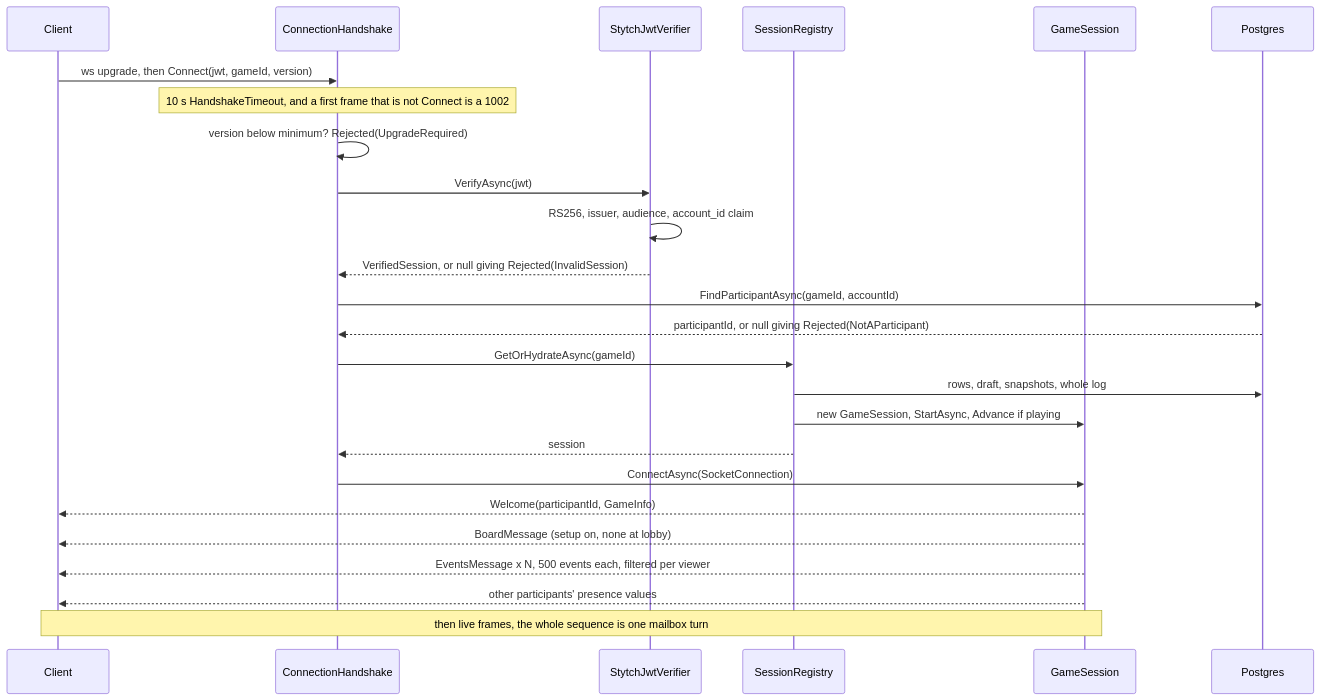
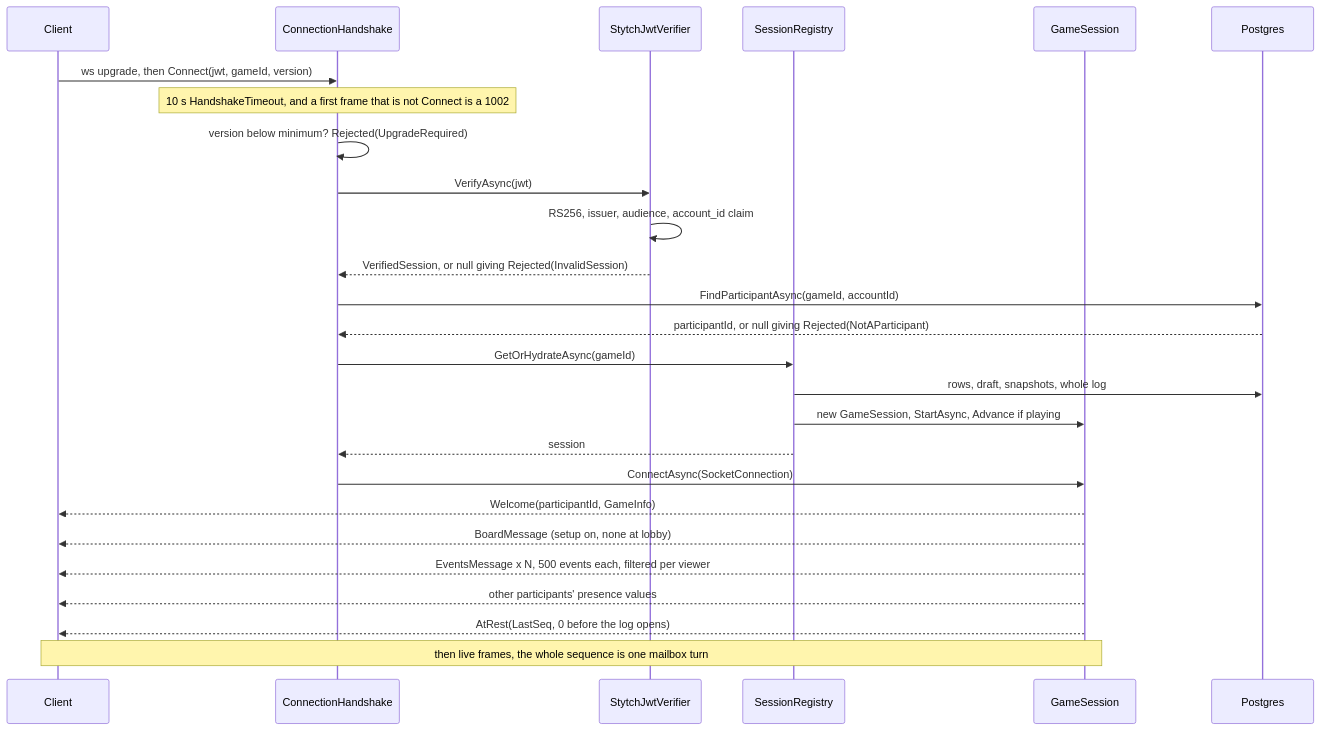
The fifth of 12 diagrams in docs/design/game-server/design.md (cstupi/tabletop), drawn with Mermaid before and after one commit. The commit also changed other lines of this file and 9 other files, not shown here.

````diff
--- a/docs/design/game-server/design.md
+++ b/docs/design/game-server/design.md
@@ -706,28 +759,29 @@
 ```mermaid
 sequenceDiagram
     participant C as Client
     participant H as ConnectionHandshake
     participant V as StytchJwtVerifier
     participant R as SessionRegistry
     participant S as GameSession
     participant DB as Postgres
 
     C->>H: ws upgrade, then Connect(jwt, gameId, version)
     Note over H: 10 s HandshakeTimeout, and a first frame that is not Connect is a 1002
     H->>H: version below minimum? Rejected(UpgradeRequired)
     H->>V: VerifyAsync(jwt)
     V->>V: RS256, issuer, audience, account_id claim
     V-->>H: VerifiedSession, or null giving Rejected(InvalidSession)
     H->>DB: FindParticipantAsync(gameId, accountId)
     DB-->>H: participantId, or null giving Rejected(NotAParticipant)
     H->>R: GetOrHydrateAsync(gameId)
     R->>DB: rows, draft, snapshots, whole log
     R->>S: new GameSession, StartAsync, Advance if playing
     R-->>H: session
     H->>S: ConnectAsync(SocketConnection)
     S-->>C: Welcome(participantId, GameInfo)
     S-->>C: BoardMessage (setup on, none at lobby)
     S-->>C: EventsMessage x N, 500 events each, filtered per viewer
     S-->>C: other participants' presence values
+    S-->>C: AtRest(LastSeq, 0 before the log opens)
     Note over S,C: then live frames, the whole sequence is one mailbox turn
 ```
````
